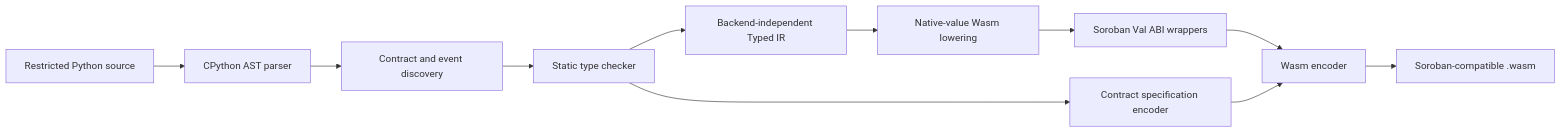
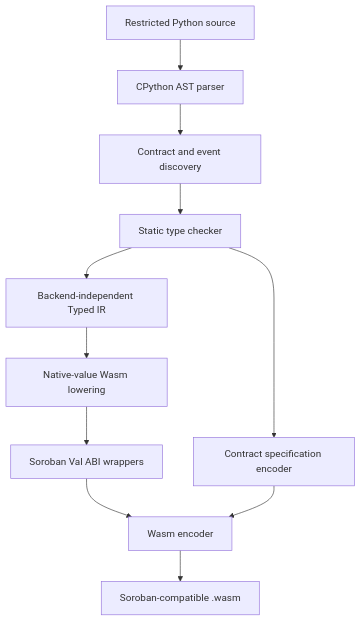
Before and after one commit to ligulfzhou/pysoroban: the diagram in docs/ARCHITECTURE.md, drawn with Mermaid.

Commit message:
docs: render compilation pipeline vertically

````diff
--- a/docs/ARCHITECTURE.md
+++ b/docs/ARCHITECTURE.md
@@ -30,13 +30,13 @@
 ```mermaid
-flowchart LR
+flowchart TB
     A["Restricted Python source"] --> B["CPython AST parser"]
     B --> C["Contract and event discovery"]
     C --> D["Static type checker"]
     D --> E["Backend-independent Typed IR"]
     E --> F["Native-value Wasm lowering"]
     F --> G["Soroban Val ABI wrappers"]
     G --> H["Wasm encoder"]
     D --> I["Contract specification encoder"]
     I --> H
     H --> J["Soroban-compatible .wasm"]
 ```
````
